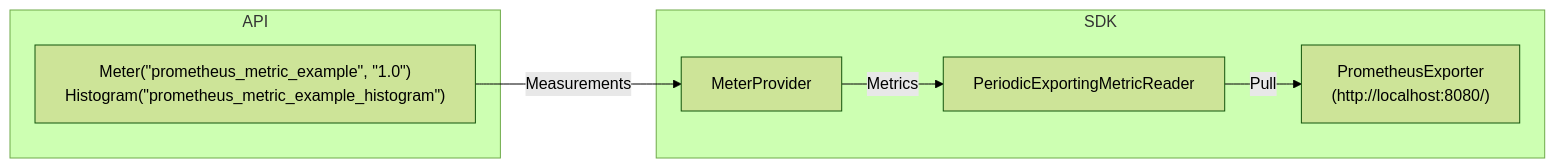
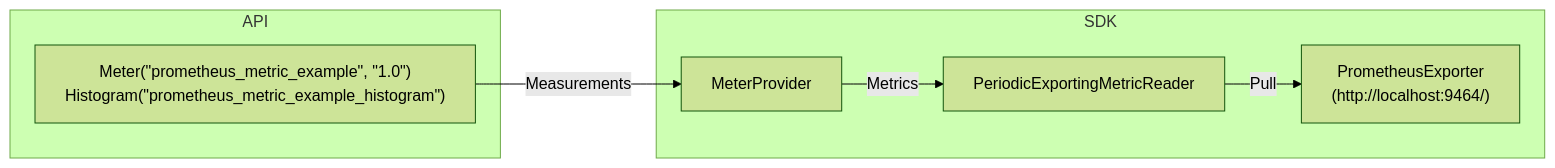
One commit to open-telemetry/opentelemetry-cpp changed the first of 2 diagrams in examples/prometheus/README.md. Above: the diagram before and after it, drawn with Mermaid (forest theme). The commit also changed other lines of this file and 2 other files, not shown here.

Commit message:
fix default Prometheus port

````diff
--- a/examples/prometheus/README.md
+++ b/examples/prometheus/README.md
@@ -44,17 +44,17 @@
 ```mermaid
 graph LR
 
 subgraph SDK
   MeterProvider
   MetricReader[PeriodicExportingMetricReader]
-  PrometheusExporter["PrometheusExporter<br/>(http://localhost:8080/)"]
+  PrometheusExporter["PrometheusExporter<br/>(http://localhost:9464/)"]
 end
 
 subgraph API
   Instrument["Meter(#quot;prometheus_metric_example#quot;, #quot;1.0#quot;)<br/>Histogram(#quot;prometheus_metric_example_histogram#quot;)"]
 end
 
 Instrument --> | Measurements | MeterProvider
 
 MeterProvider --> | Metrics | MetricReader --> | Pull | PrometheusExporter
 ```
````
